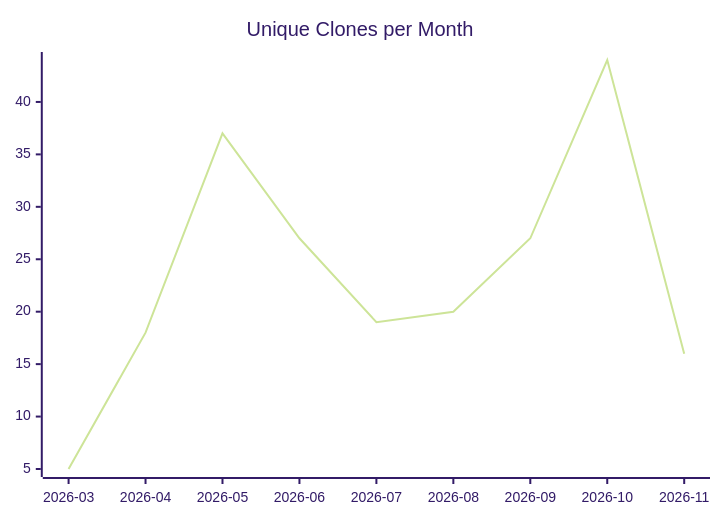
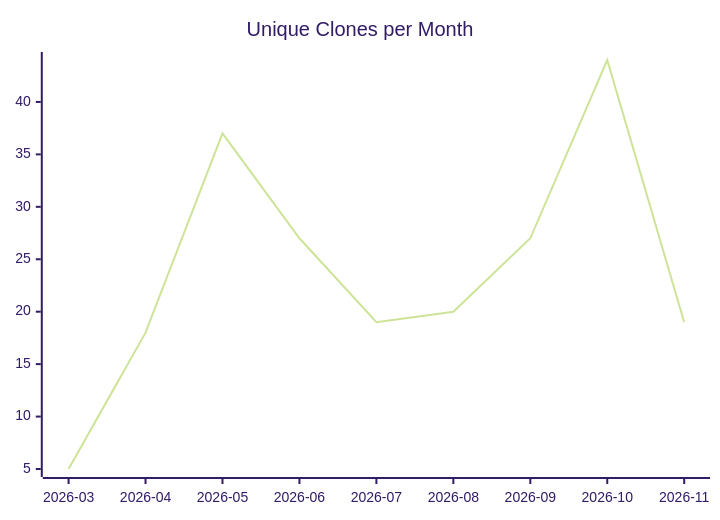
Before and after one commit to justdavis-family/github-analytics-data: the third of 3 diagrams in karlmdavis/obsidian-operator/README.md, drawn with Mermaid (forest theme). The commit also changed other lines of this file and 196 other files, not shown here.

````diff
--- a/karlmdavis/obsidian-operator/README.md
+++ b/karlmdavis/obsidian-operator/README.md
@@ -19,6 +19,6 @@
 ```mermaid
 xychart-beta
   title "Unique Clones per Month"
   x-axis ["2026-03", "2026-04", "2026-05", "2026-06", "2026-07", "2026-08", "2026-09", "2026-10", "2026-11"]
-  line [5, 18, 37, 27, 19, 20, 27, 44, 16]
+  line [5, 18, 37, 27, 19, 20, 27, 44, 19]
 ```
````
